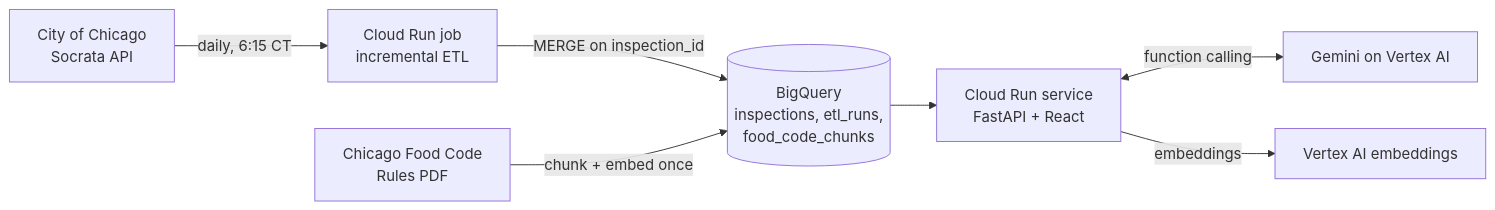
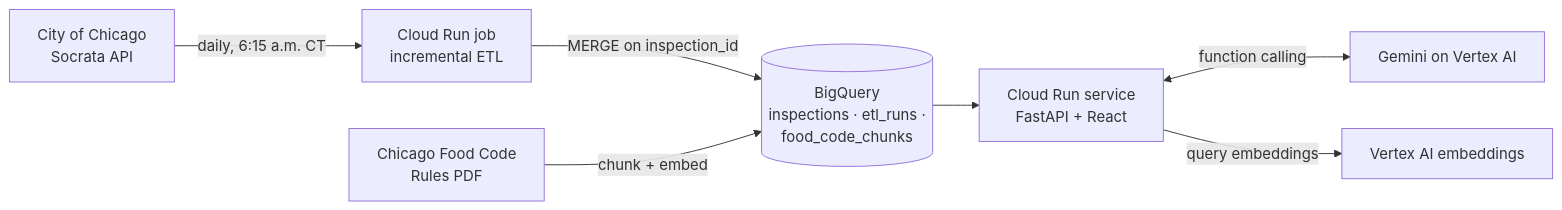
Before and after one commit to SayojyaPatil/chicago-food-dashboard: the diagram in README.md, drawn with Mermaid. The commit also changed other lines of this file and 16 other files, not shown here.

````diff
--- a/README.md
+++ b/README.md
@@ -27,9 +18,9 @@
 ```mermaid
 flowchart LR
-    S[City of Chicago<br/>Socrata API] -->|daily, 6:15 CT| J[Cloud Run job<br/>incremental ETL]
-    J -->|MERGE on inspection_id| BQ[(BigQuery<br/>inspections, etl_runs,<br/>food_code_chunks)]
-    PDF[Chicago Food Code<br/>Rules PDF] -->|chunk + embed once| BQ
+    S[City of Chicago<br/>Socrata API] -->|daily, 6:15 a.m. CT| J[Cloud Run job<br/>incremental ETL]
+    J -->|MERGE on inspection_id| BQ[(BigQuery<br/>inspections · etl_runs ·<br/>food_code_chunks)]
+    PDF[Chicago Food Code<br/>Rules PDF] -->|chunk + embed| BQ
     BQ --> API[Cloud Run service<br/>FastAPI + React]
     API <-->|function calling| G[Gemini on Vertex AI]
-    API -->|embeddings| E[Vertex AI embeddings]
+    API -->|query embeddings| E[Vertex AI embeddings]
 ```
````
